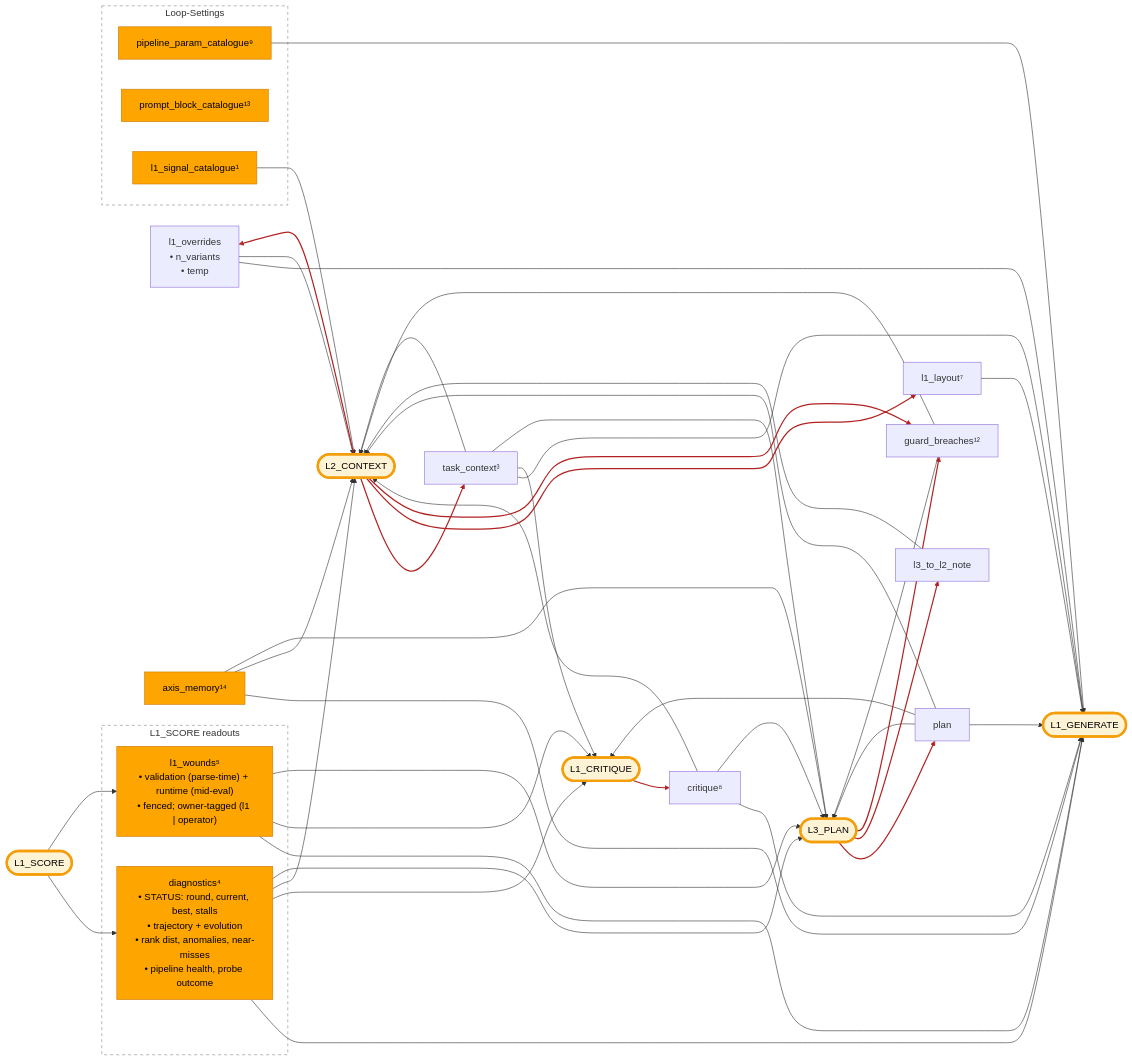
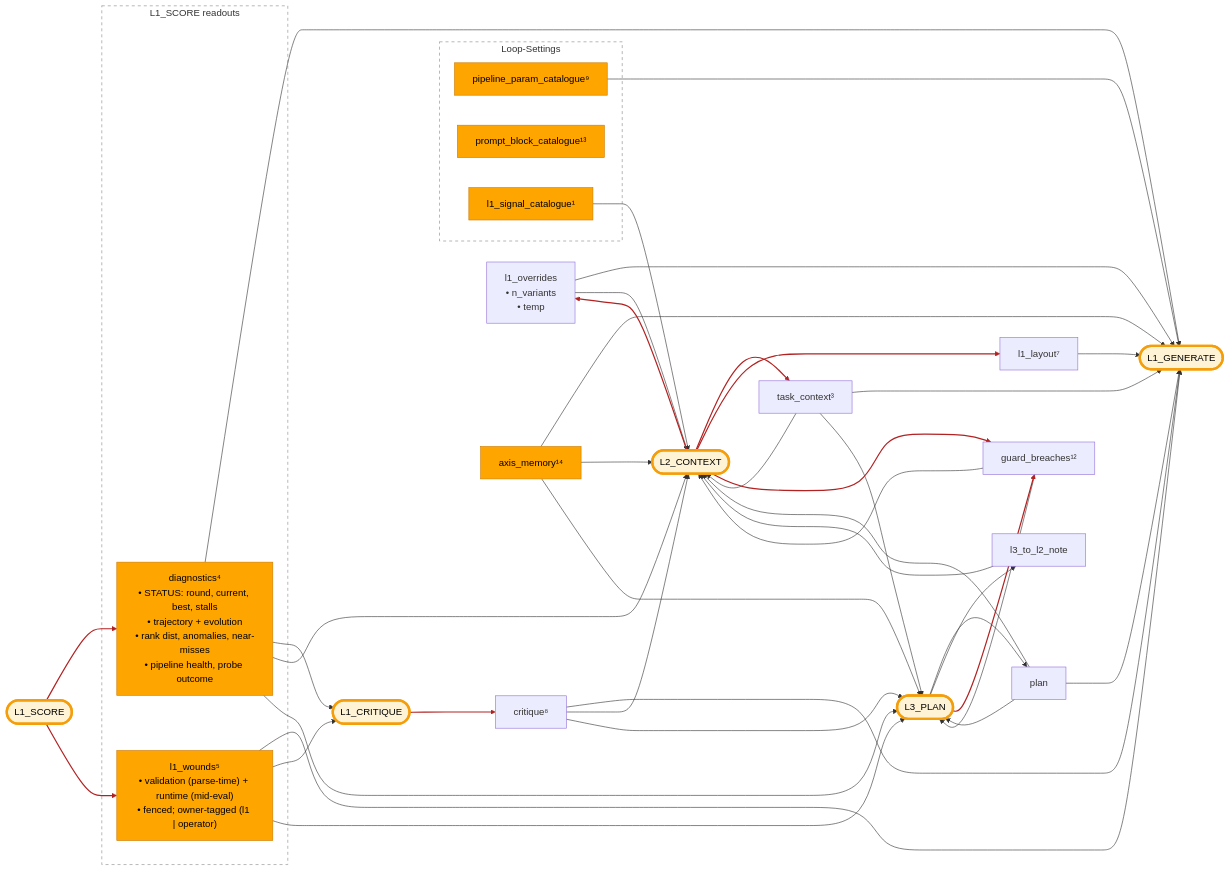
The diagram in docs/developer/dispatch-hub.md (PromptPotter/prompt-potter-optimizer), drawn with Mermaid before and after one commit. The commit also changed other lines of this file and 8 other files, not shown here.

```diff
--- a/docs/developer/dispatch-hub.md
+++ b/docs/developer/dispatch-hub.md
@@ -80,9 +80,8 @@
   LAYOUT --> L1G
   AXM --> L1G
 
-  %% L1_CRITIQUE inputs
-  PLAN --> L1C
-  TC --> L1C
+  %% L1_CRITIQUE inputs (the distiller reads raw round output, not the strategic frame —
+  %% plan/task_context are not in its layout vocabulary)
   DIAG --> L1C
   L1W --> L1C
 
```
